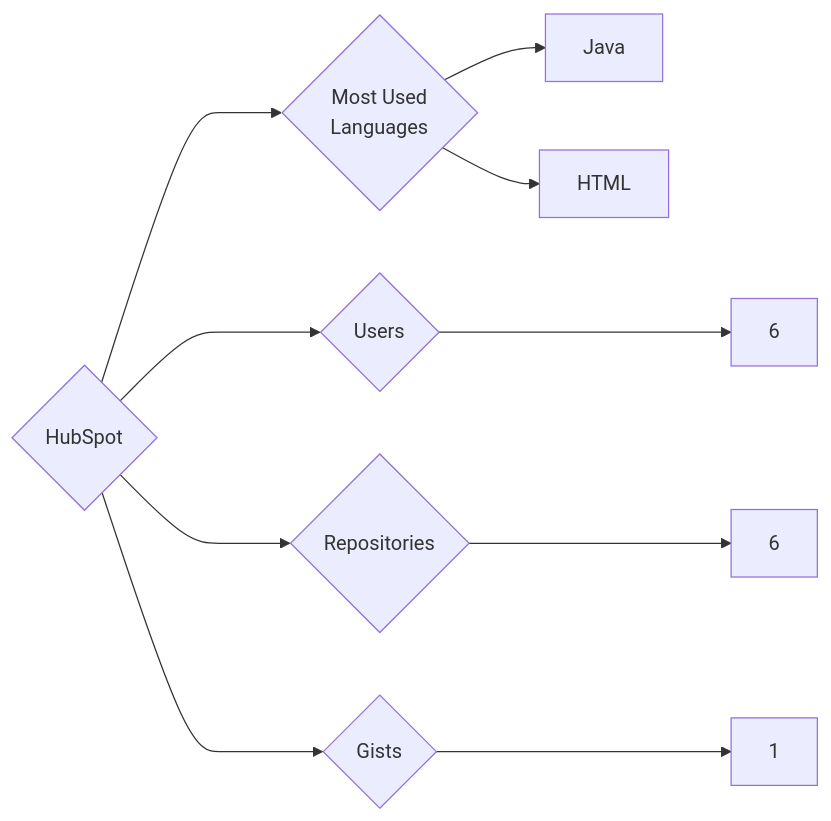
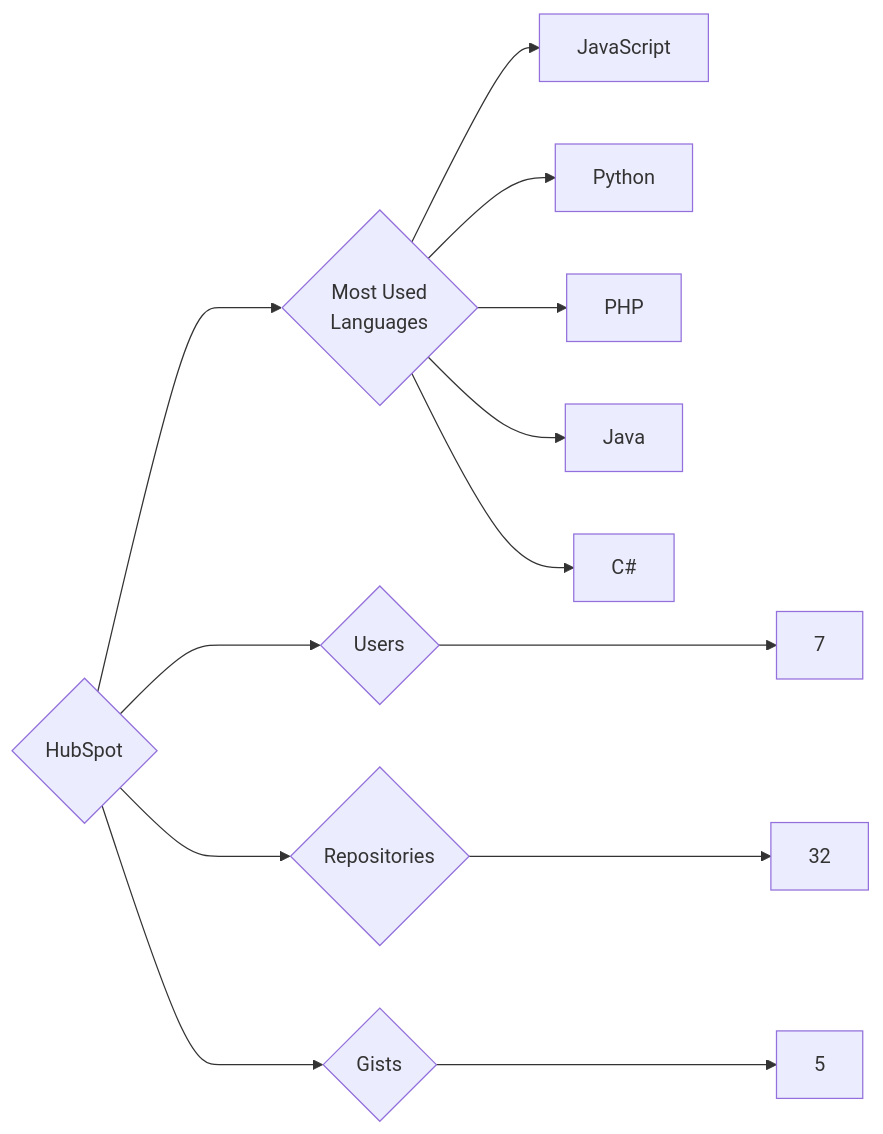
One commit to trickest/insiders changed the diagram in targets/HubSpot/README.md. Above: the diagram before and after it, drawn with Mermaid. The commit also changed 1123 other files, not shown here.

````diff
--- a/targets/HubSpot/README.md
+++ b/targets/HubSpot/README.md
@@ -3,10 +3,13 @@
 ```mermaid
 graph LR
 COMPANY_NAME{HubSpot}
-COMPANY_NAME ---> U{Users} ---> UN[6]
-COMPANY_NAME ---> R{Repositories} ---> RN[6]
-COMPANY_NAME ---> G{Gists} ---> GN[1]
+COMPANY_NAME ---> U{Users} ---> UN[7]
+COMPANY_NAME ---> R{Repositories} ---> RN[32]
+COMPANY_NAME ---> G{Gists} ---> GN[5]
 COMPANY_NAME ---> ML{Most Used<br>Languages}
+ML --> JavaScript[JavaScript]
+ML --> Python[Python]
+ML --> PHP[PHP]
 ML --> Java[Java]
-ML --> HTML[HTML]
+ML --> C#[C#]
 ```
````
